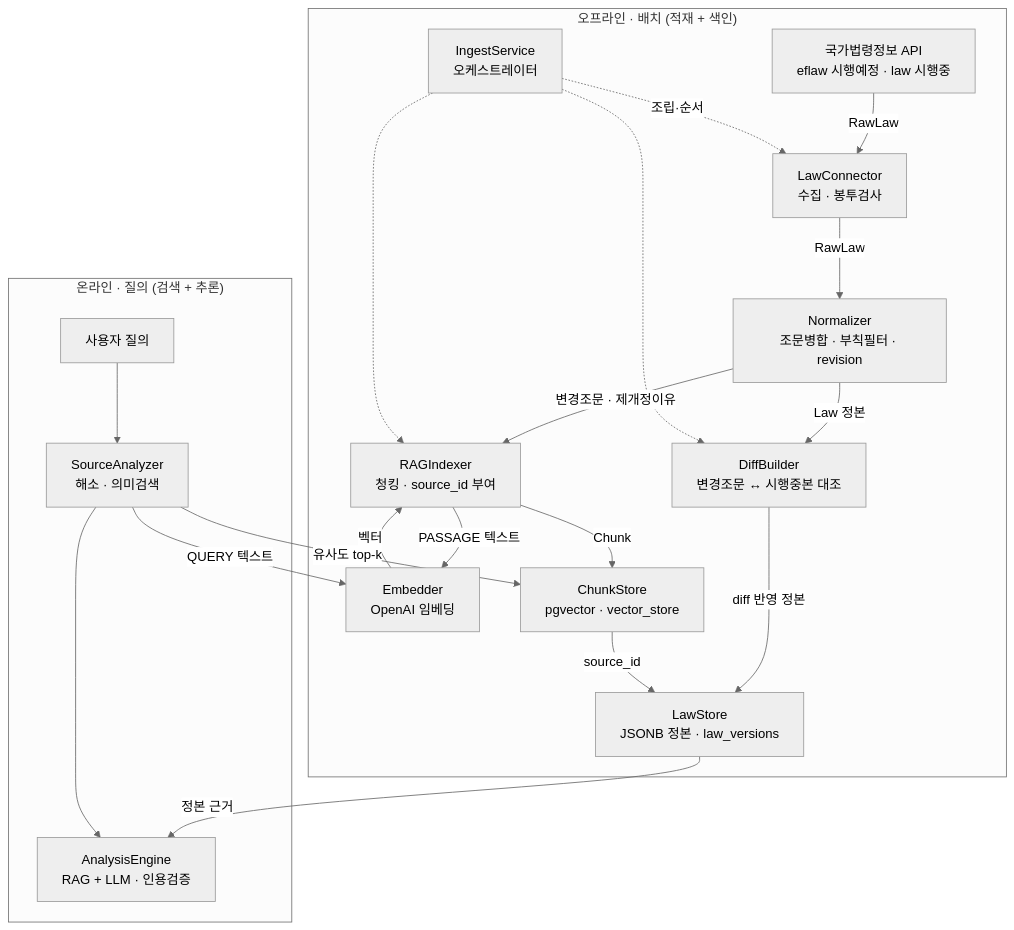
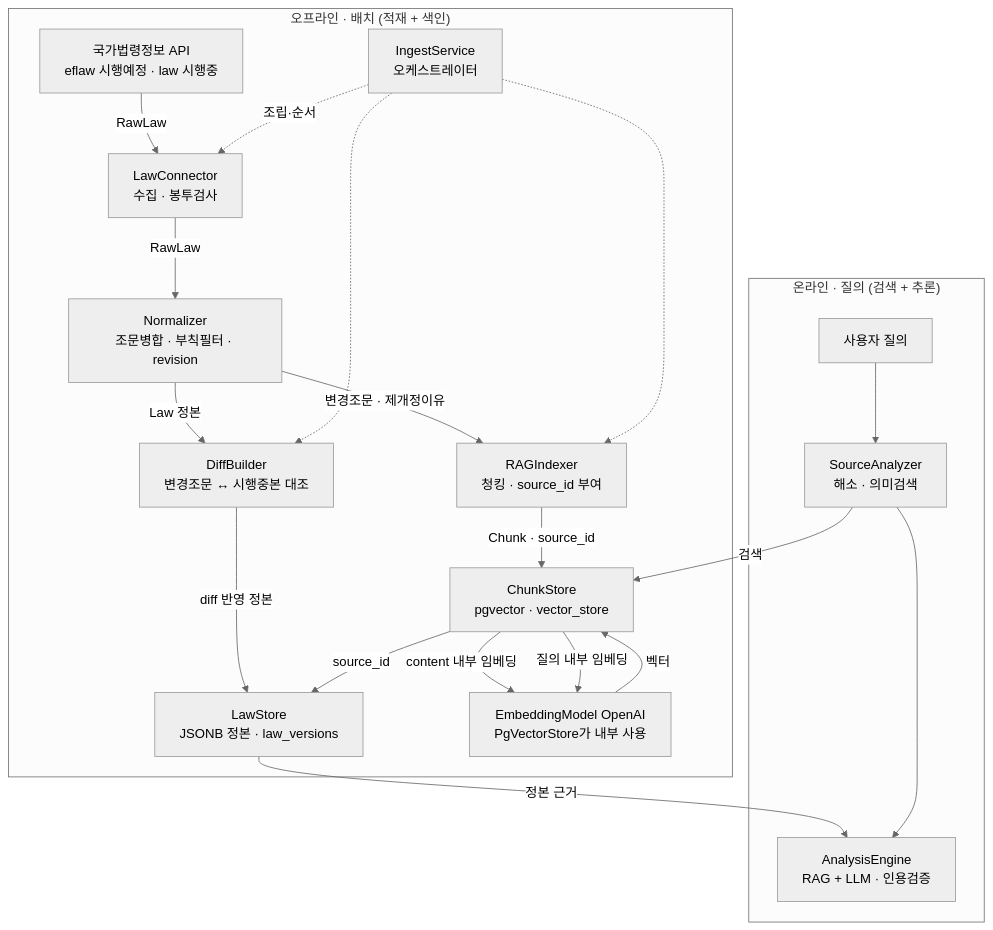
Before and after one commit to HappyGogildong/Legal-data-impact-service: the diagram in docs/mvp/rag-pipeline-structure.md, drawn with Mermaid (neutral theme). The commit also changed other lines of this file and 3 other files, not shown here.

First line of the commit message:
docs: 임베딩 주체 정정 — PgVectorStore 내부 임베딩(RAGIndexer는 Chunk만)

````diff
--- a/docs/mvp/rag-pipeline-structure.md
+++ b/docs/mvp/rag-pipeline-structure.md
@@ -22,39 +22,39 @@
 ```mermaid
 flowchart TB
     subgraph OFFLINE["오프라인 · 배치 (적재 + 색인)"]
         API["국가법령정보 API<br/>eflaw 시행예정 · law 시행중"]
         LC["LawConnector<br/>수집 · 봉투검사"]
         NM["Normalizer<br/>조문병합 · 부칙필터 · revision"]
         DF["DiffBuilder<br/>변경조문 ↔ 시행중본 대조"]
         LS["LawStore<br/>JSONB 정본 · law_versions"]
         RI["RAGIndexer<br/>청킹 · source_id 부여"]
-        EM["Embedder<br/>OpenAI 임베딩"]
         CS["ChunkStore<br/>pgvector · vector_store"]
+        EM["EmbeddingModel OpenAI<br/>PgVectorStore가 내부 사용"]
         IS["IngestService<br/>오케스트레이터"]
     end
 
     subgraph ONLINE["온라인 · 질의 (검색 + 추론)"]
         Q["사용자 질의"]
         SA["SourceAnalyzer<br/>해소 · 의미검색"]
         AE["AnalysisEngine<br/>RAG + LLM · 인용검증"]
     end
 
     API -->|RawLaw| LC
     LC -->|RawLaw| NM
     NM -->|Law 정본| DF
     DF -->|diff 반영 정본| LS
     NM -->|변경조문 · 제개정이유| RI
-    RI -->|PASSAGE 텍스트| EM
-    EM -->|벡터| RI
-    RI -->|Chunk| CS
+    RI -->|Chunk · source_id| CS
+    CS -->|content 내부 임베딩| EM
+    EM -->|벡터| CS
     IS -.조립·순서.-> LC
     IS -.-> DF
     IS -.-> RI
 
     Q --> SA
-    SA -->|QUERY 텍스트| EM
-    SA -->|유사도 top-k| CS
+    SA -->|검색| CS
+    CS -->|질의 내부 임베딩| EM
     CS -->|source_id| LS
     LS -->|정본 근거| AE
     SA --> AE
 ```
````
